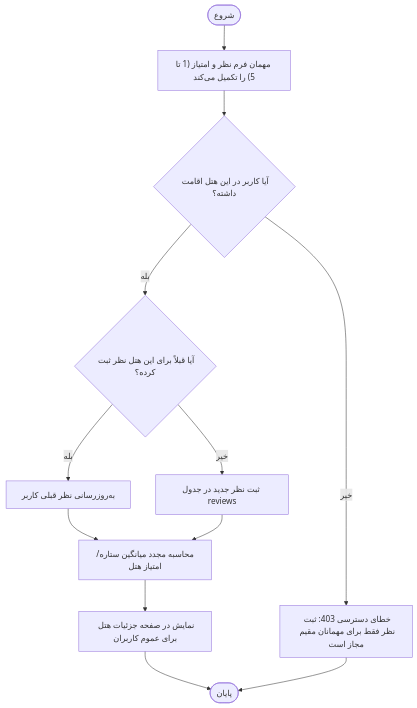
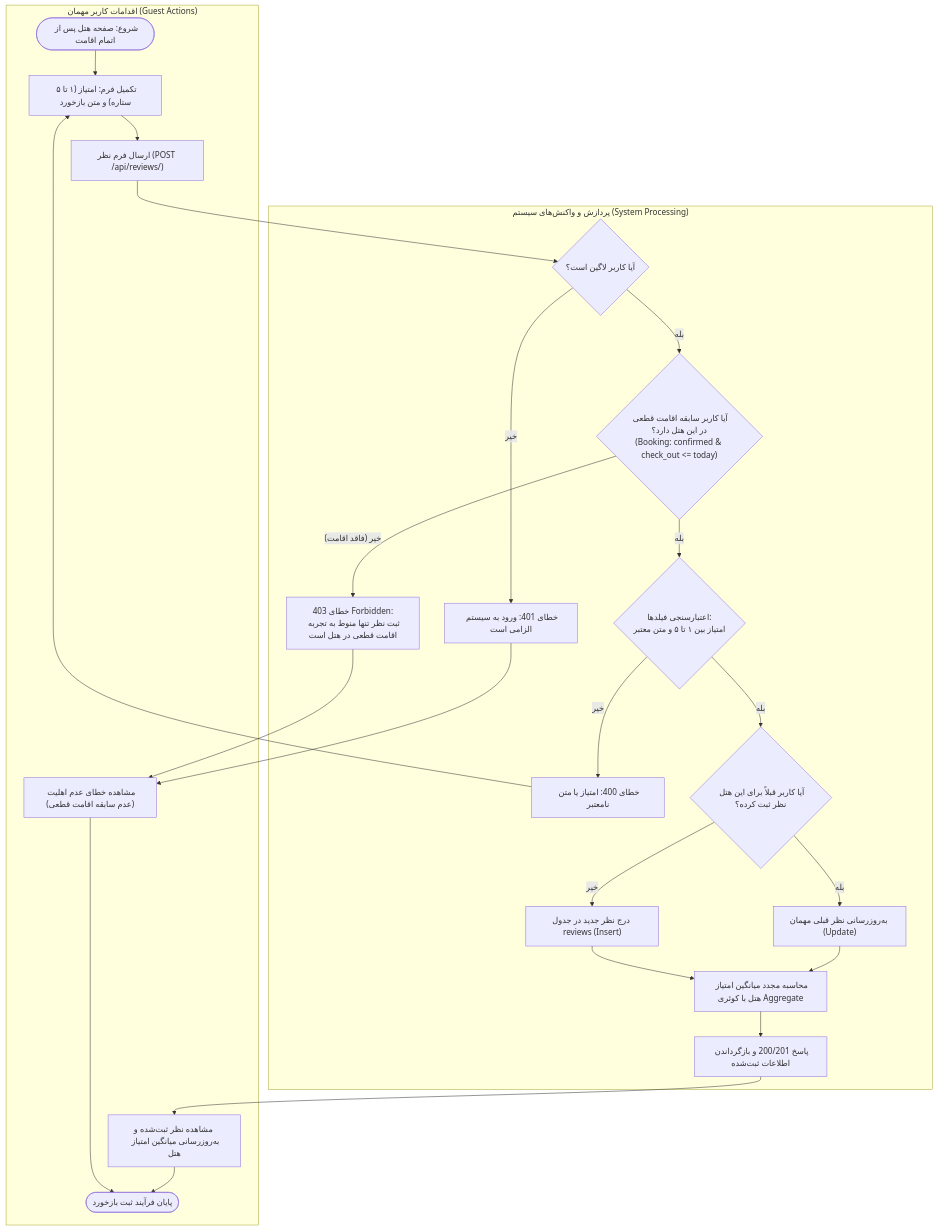
The fifth of 7 diagrams in docs/PROCESS_DIAGRAMS.md (Amirmohammad-sl/hotel-reserve), drawn with Mermaid before and after one commit. The commit also changed other lines of this file and 14 other files, not shown here.

First line of the commit message:
[P1-02] Align process diagrams with professor rubric (#17)

````diff
--- a/docs/PROCESS_DIAGRAMS.md
+++ b/docs/PROCESS_DIAGRAMS.md
@@ -176,14 +391,51 @@
 ```mermaid
 flowchart TD
-    Start([شروع]) --> GuestReview["مهمان فرم نظر و امتیاز (1 تا 5) را تکمیل می‌کند"]
-    GuestReview --> CheckStay{آیا کاربر در این هتل اقامت داشته؟}
-    CheckStay -->|خیر| Deny["خطای دسترسی 403: ثبت نظر فقط برای مهمانان مقیم مجاز است"]
-    CheckStay -->|بله| CheckDuplicate{آیا قبلاً برای این هتل نظر ثبت کرده؟}
-    CheckDuplicate -->|بله| UpdateReview["به‌روزرسانی نظر قبلی کاربر"]
-    CheckDuplicate -->|خیر| InsertReview["ثبت نظر جدید در جدول reviews"]
+    subgraph Guest["اقدامات کاربر مهمان (Guest Actions)"]
+        R_Start([شروع: صفحه هتل پس از اتمام اقامت])
+        R_Fill["تکمیل فرم: امتیاز (۱ تا ۵ ستاره) و متن بازخورد"]
+        R_Submit["ارسال فرم نظر (POST /api/reviews/)"]
+        R_ViewDeny["مشاهده خطای عدم اهلیت (عدم سابقه اقامت قطعی)"]
+        R_Success["مشاهده نظر ثبت‌شده و به‌روزرسانی میانگین امتیاز هتل"]
+        R_End([پایان فرآیند ثبت بازخورد])
+    end
 
-    UpdateReview --> RecalcRating["محاسبه مجدد میانگین ستاره/امتیاز هتل"]
-    InsertReview --> RecalcRating
-    RecalcRating --> Display["نمایش در صفحه جزئیات هتل برای عموم کاربران"] --> End([پایان])
-    Deny --> End
+    subgraph System["پردازش و واکنش‌های سیستم (System Processing)"]
+        S_AuthReview{"آیا کاربر لاگین است؟"}
+        S_Err401Review["خطای 401: ورود به سیستم الزامی است"]
+        S_CheckStay{"آیا کاربر سابقه اقامت قطعی در این هتل دارد؟\n(Booking: confirmed & check_out <= today)"}
+        S_ErrNoStay["خطای 403 Forbidden:\nثبت نظر تنها منوط به تجربه اقامت قطعی در هتل است"]
+        S_FormReview{"اعتبارسنجی فیلدها:\nامتیاز بین ۱ تا ۵ و متن معتبر"}
+        S_Err400Review["خطای 400: امتیاز یا متن نامعتبر"]
+        S_CheckPrior{"آیا کاربر قبلاً برای این هتل نظر ثبت کرده؟"}
+        S_UpdateReview["به‌روزرسانی نظر قبلی مهمان (Update)"]
+        S_InsertReview["درج نظر جدید در جدول reviews (Insert)"]
+        S_Recalc["محاسبه مجدد میانگین امتیاز هتل با کوئری Aggregate"]
+        S_Resp201["پاسخ 200/201 و بازگرداندن اطلاعات ثبت‌شده"]
+    end
+
+    R_Start --> R_Fill
+    R_Fill --> R_Submit
+    R_Submit --> S_AuthReview
+
+    S_AuthReview -- "خیر" --> S_Err401Review
+    S_Err401Review --> R_ViewDeny
+
+    S_AuthReview -- "بله" --> S_CheckStay
+    S_CheckStay -- "خیر (فاقد اقامت)" --> S_ErrNoStay
+    S_ErrNoStay --> R_ViewDeny
+
+    S_CheckStay -- "بله" --> S_FormReview
+    S_FormReview -- "خیر" --> S_Err400Review
+    S_Err400Review --> R_Fill
+
+    S_FormReview -- "بله" --> S_CheckPrior
+    S_CheckPrior -- "بله" --> S_UpdateReview
+    S_CheckPrior -- "خیر" --> S_InsertReview
+
+    S_UpdateReview --> S_Recalc
+    S_InsertReview --> S_Recalc
+    S_Recalc --> S_Resp201
+    S_Resp201 --> R_Success
+    R_Success --> R_End
+    R_ViewDeny --> R_End
 ```
````
